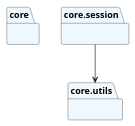
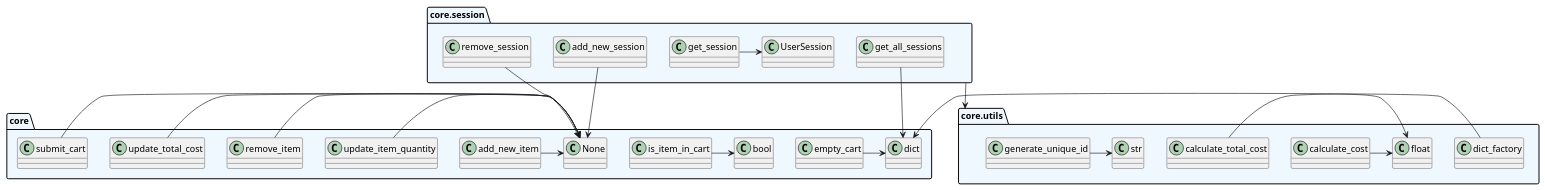
One commit to StephenButters13/onlineStore changed the diagram in core/packages.puml. Above: the diagram before and after it, drawn with PlantUML. The commit also changed 1 other file, not shown here.

```diff
--- a/core/packages.puml
+++ b/core/packages.puml
@@ -1,10 +1,25 @@
 @startuml packages
 set namespaceSeparator none
 package "core" as core #aliceblue {
+    empty_cart -> dict
+    is_item_in_cart -> bool
+    add_new_item -> None
+    update_item_quantity -> None
+    remove_item -> None
+    update_total_cost -> None
+    submit_cart -> None
 }
 package "core.session" as core.session #aliceblue {
+    add_new_session -> None
+    get_session -> UserSession
+    remove_session -> None
+    get_all_sessions -> dict
 }
 package "core.utils" as core.utils #aliceblue {
+    dict_factory -> dict
+    calculate_cost -> float
+    calculate_total_cost -> float
+    generate_unique_id -> str
 }
 core.session --> core.utils
 @enduml
```
